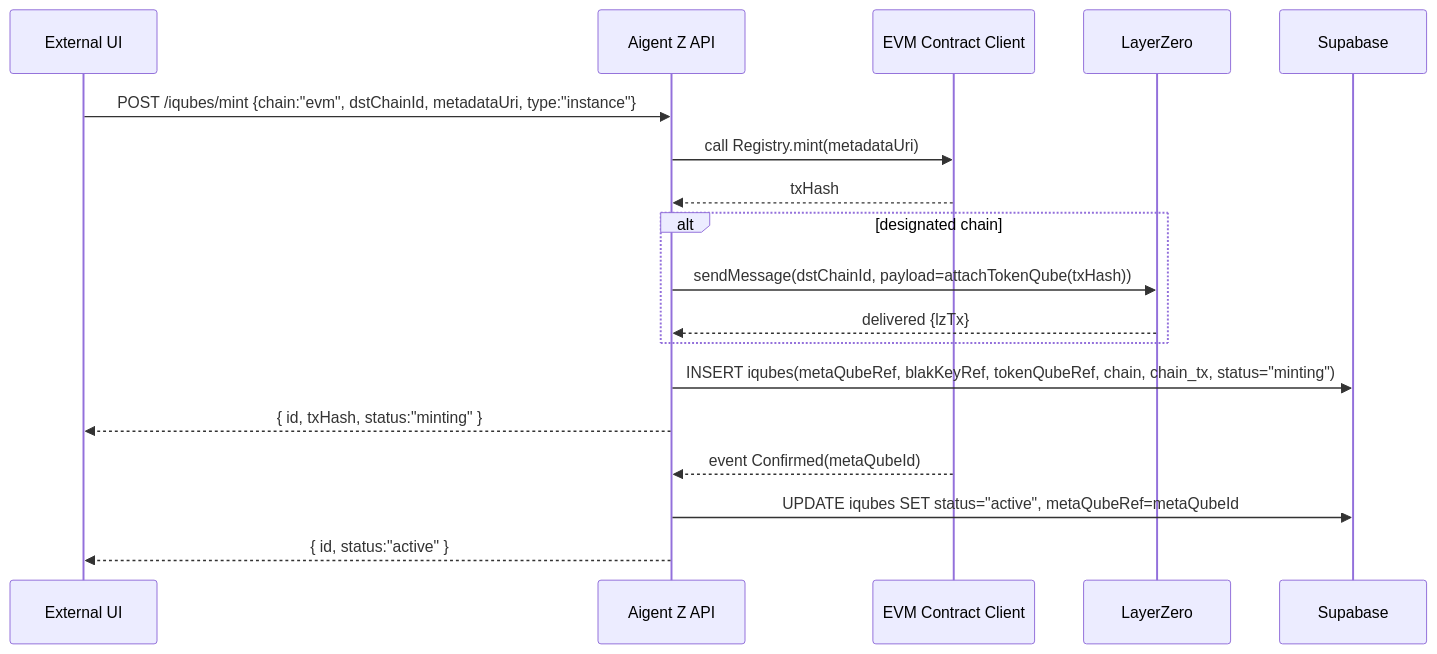
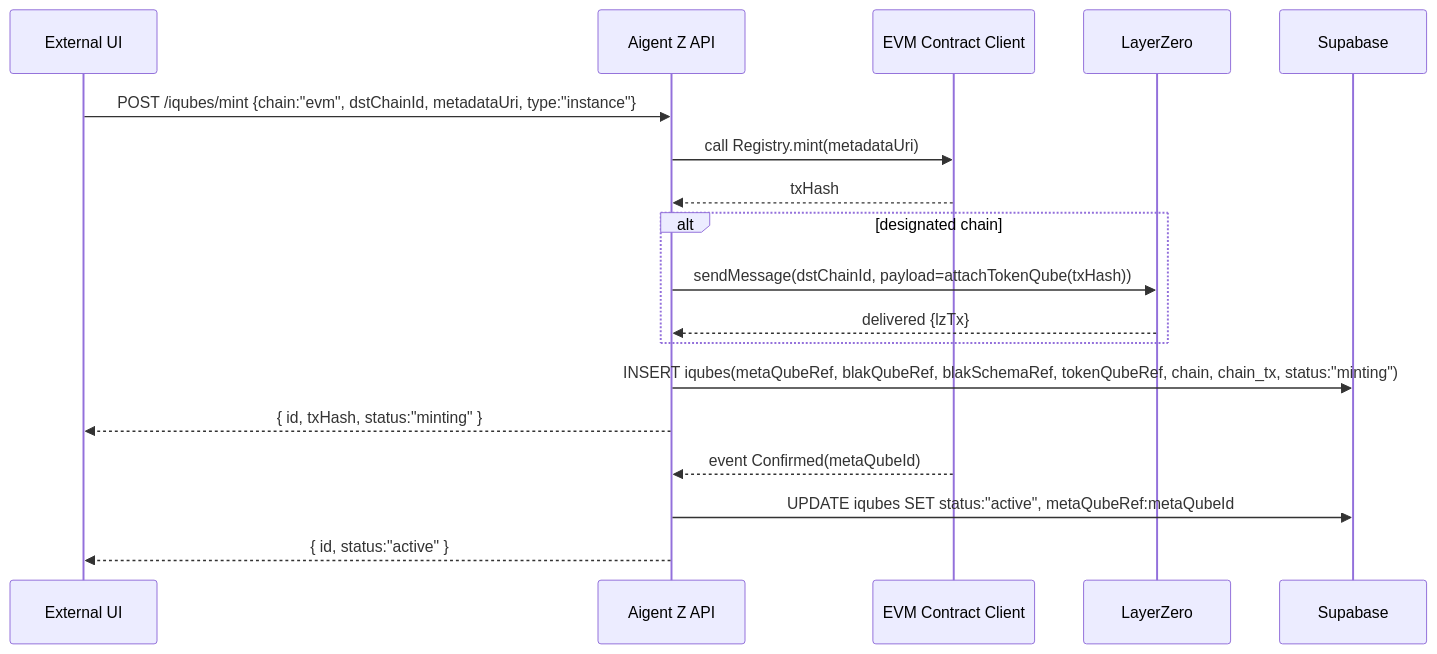
The diagram in docs/architecture/diagrams/seq_evm_mint_lz.mmd (iQube-Protocol/AigentZBeta), drawn with Mermaid before and after one commit. The commit also changed 10 other files, not shown here.

Commit message:
docs(architecture): clarify blakQube 'keys' == schema field keys/labels; add schema discovery + values gating; OpenAPI v1.1.1-alpha

```diff
--- a/docs/architecture/diagrams/seq_evm_mint_lz.mmd
+++ b/docs/architecture/diagrams/seq_evm_mint_lz.mmd
@@ -1,19 +1,18 @@
 sequenceDiagram
   participant UI as External UI
   participant API as Aigent Z API
   participant EVM as EVM Contract Client
   participant LZ as LayerZero
   participant DB as Supabase
-
   UI->>API: POST /iqubes/mint {chain:"evm", dstChainId, metadataUri, type:"instance"}
   API->>EVM: call Registry.mint(metadataUri)
   EVM-->>API: txHash
   alt designated chain
     API->>LZ: sendMessage(dstChainId, payload=attachTokenQube(txHash))
     LZ-->>API: delivered {lzTx}
   end
-  API->>DB: INSERT iqubes(metaQubeRef, blakKeyRef, tokenQubeRef, chain, chain_tx, status="minting")
+  API->>DB: INSERT iqubes(metaQubeRef, blakQubeRef, blakSchemaRef, tokenQubeRef, chain, chain_tx, status:"minting")
   API-->>UI: { id, txHash, status:"minting" }
   EVM-->>API: event Confirmed(metaQubeId)
-  API->>DB: UPDATE iqubes SET status="active", metaQubeRef=metaQubeId
+  API->>DB: UPDATE iqubes SET status:"active", metaQubeRef:metaQubeId
   API-->>UI: { id, status:"active" }
```
